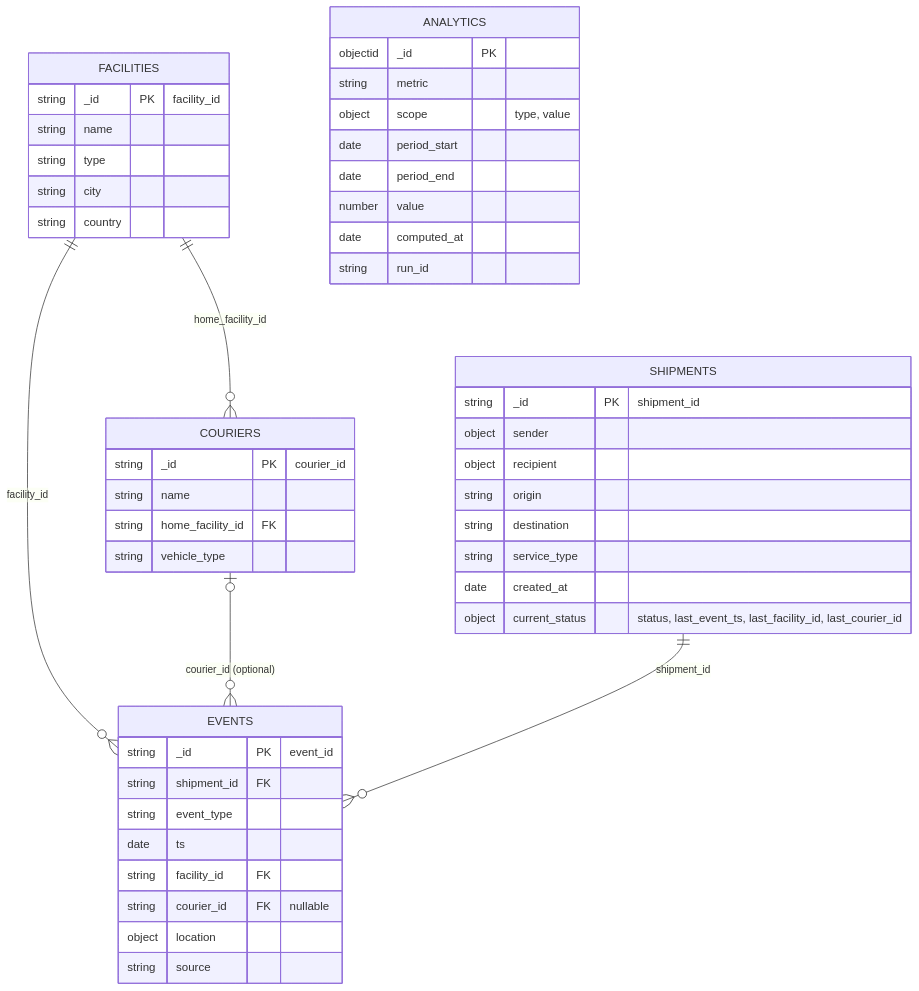
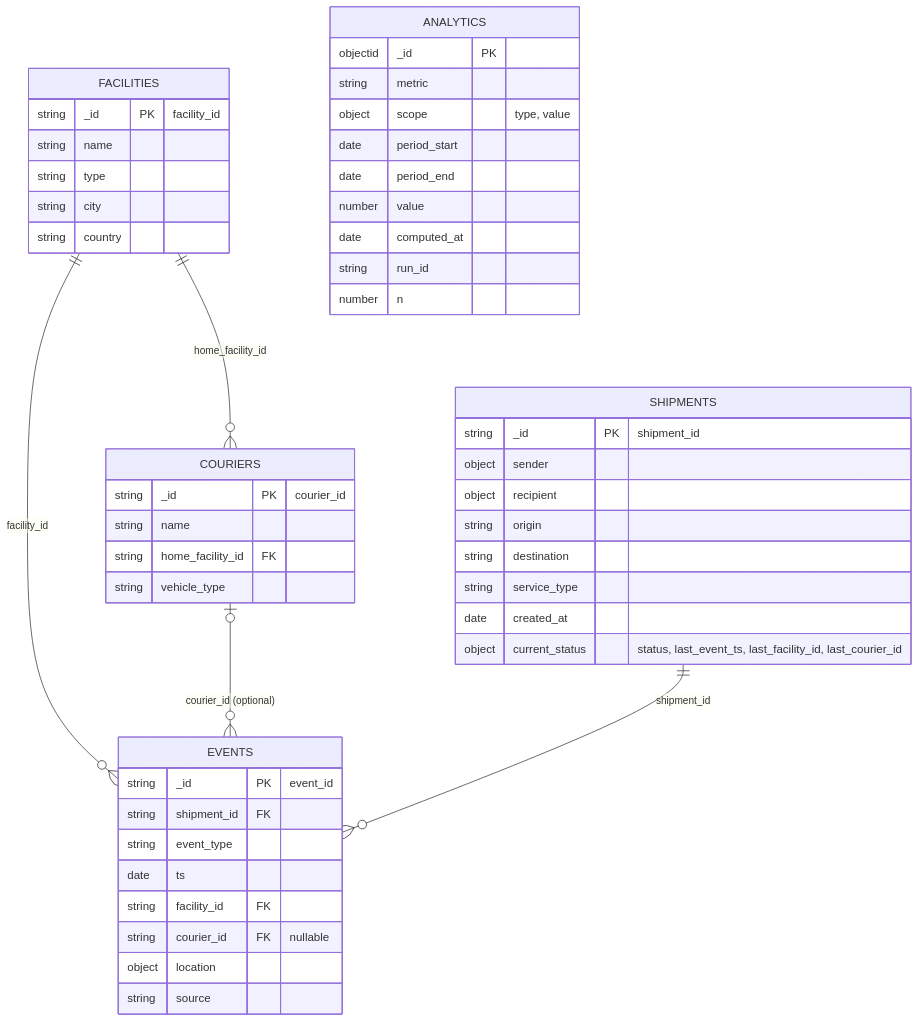
One commit to petrshulgat/shipment-tracking-thesis changed the diagram in docs/erd.md. Above: the diagram before and after it, drawn with Mermaid. The commit also changed other lines of this file and 3 other files, not shown here.

Commit message:
make design decision log, erd, schema and queries up to date

````diff
--- a/docs/erd.md
+++ b/docs/erd.md
@@ -5,50 +5,51 @@
 ```mermaid
 erDiagram
   FACILITIES ||--o{ EVENTS : "facility_id"
   FACILITIES ||--o{ COURIERS : "home_facility_id"
   COURIERS |o--o{ EVENTS : "courier_id (optional)"
   SHIPMENTS ||--o{ EVENTS : "shipment_id"
   SHIPMENTS {
     string _id PK "shipment_id"
     object sender
     object recipient
     string origin
     string destination
     string service_type
     date created_at
     object current_status "status, last_event_ts, last_facility_id, last_courier_id"
   }
   EVENTS {
     string _id PK "event_id"
     string shipment_id FK
     string event_type
     date ts
     string facility_id FK
     string courier_id FK "nullable"
     object location
     string source
   }
   FACILITIES {
     string _id PK "facility_id"
     string name
     string type
     string city
     string country
   }
   COURIERS {
     string _id PK "courier_id"
     string name
     string home_facility_id FK
     string vehicle_type
   }
   ANALYTICS {
     objectid _id PK
     string metric
     object scope "type, value"
     date period_start
     date period_end
     number value
     date computed_at
     string run_id
+    number n
   }
 ```
````
